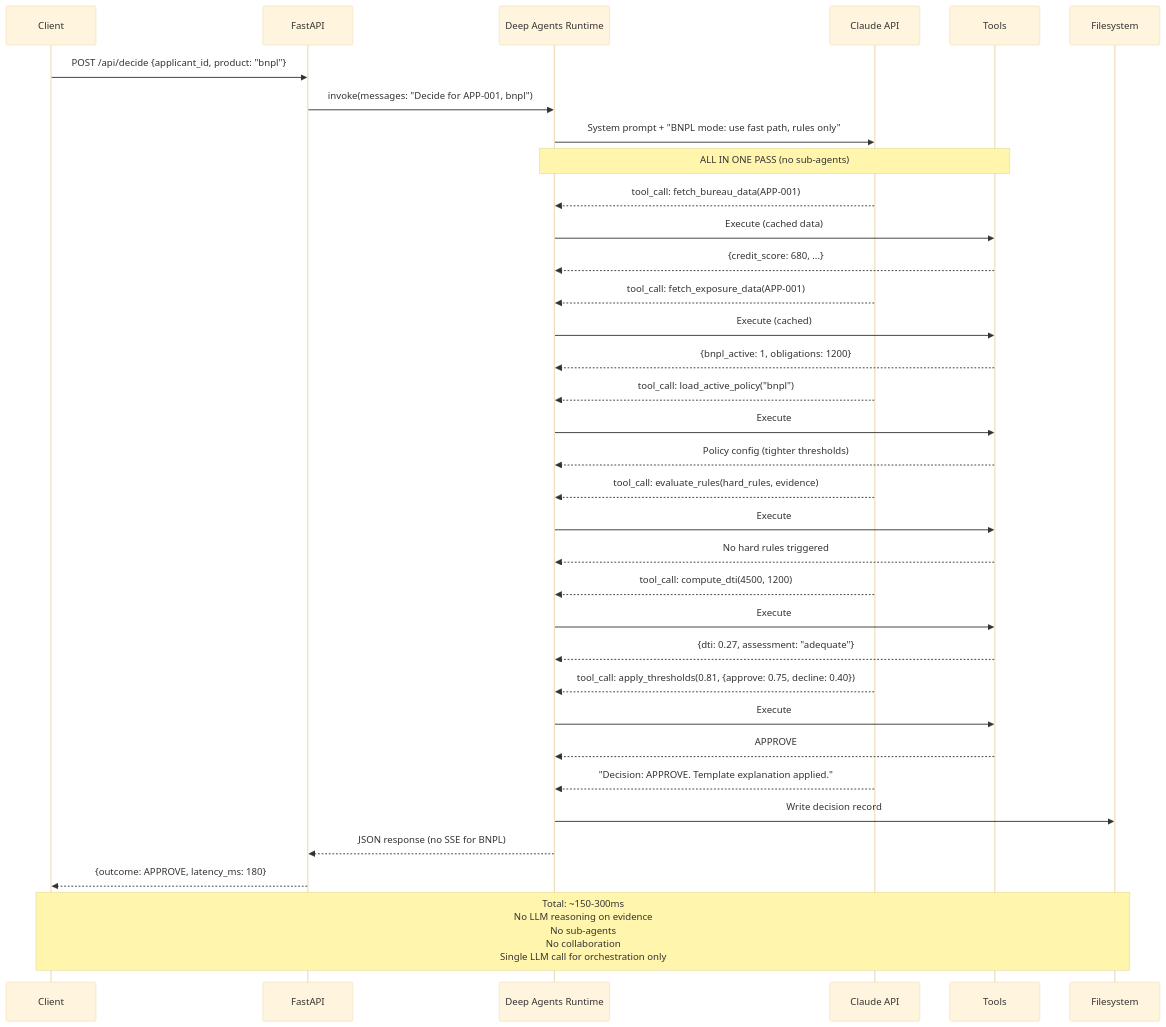
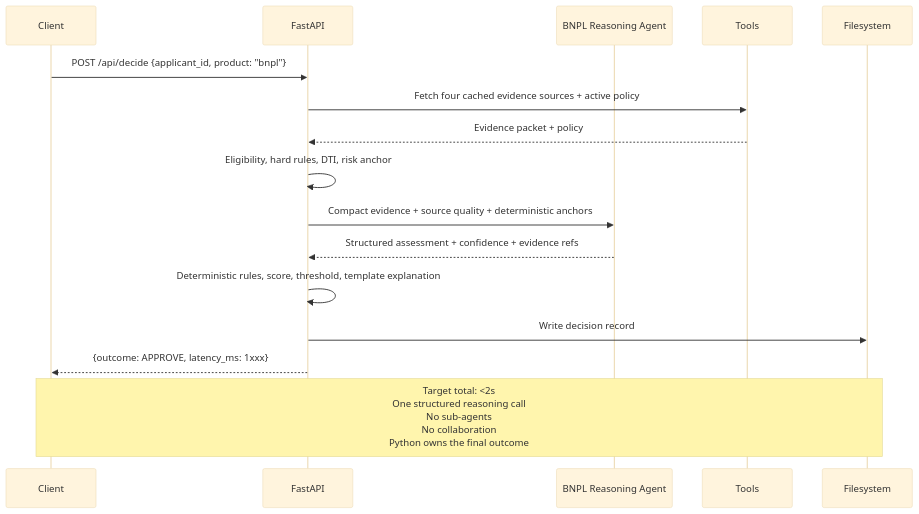
Before and after one commit to tuandtb0801/credit-genie: the fourth of 18 diagrams in docs/low-level-architecture.md, drawn with Mermaid (base theme). The commit also changed 16 other files, not shown here.

First line of the commit message:
feat: add bounded single-pass LLM reasoning agent to BNPL fast path

````diff
--- a/docs/low-level-architecture.md
+++ b/docs/low-level-architecture.md
@@ -216,46 +216,20 @@
 ```mermaid
 sequenceDiagram
     participant C as Client
     participant F as FastAPI
-    participant DA as Deep Agents Runtime
-    participant LLM as Claude API
+    participant A as BNPL Reasoning Agent
     participant T as Tools
     participant FS as Filesystem
 
     C->>F: POST /api/decide {applicant_id, product: "bnpl"}
-    F->>DA: invoke(messages: "Decide for APP-001, bnpl")
+    F->>T: Fetch four cached evidence sources + active policy
+    T-->>F: Evidence packet + policy
+    F->>F: Eligibility, hard rules, DTI, risk anchor
+    F->>A: Compact evidence + source quality + deterministic anchors
+    A-->>F: Structured assessment + confidence + evidence refs
+    F->>F: Deterministic rules, score, threshold, template explanation
+    F->>FS: Write decision record
+    F-->>C: {outcome: APPROVE, latency_ms: 1xxx}
 
-    DA->>LLM: System prompt + "BNPL mode: use fast path, rules only"
-    
-    Note over DA,T: ALL IN ONE PASS (no sub-agents)
-    LLM-->>DA: tool_call: fetch_bureau_data(APP-001)
-    DA->>T: Execute (cached data)
-    T-->>DA: {credit_score: 680, ...}
-
-    LLM-->>DA: tool_call: fetch_exposure_data(APP-001)
-    DA->>T: Execute (cached)
-    T-->>DA: {bnpl_active: 1, obligations: 1200}
-
-    LLM-->>DA: tool_call: load_active_policy("bnpl")
-    DA->>T: Execute
-    T-->>DA: Policy config (tighter thresholds)
-
-    LLM-->>DA: tool_call: evaluate_rules(hard_rules, evidence)
-    DA->>T: Execute
-    T-->>DA: No hard rules triggered
-
-    LLM-->>DA: tool_call: compute_dti(4500, 1200)
-    DA->>T: Execute
-    T-->>DA: {dti: 0.27, assessment: "adequate"}
-
-    LLM-->>DA: tool_call: apply_thresholds(0.81, {approve: 0.75, decline: 0.40})
-    DA->>T: Execute
-    T-->>DA: APPROVE
-
-    LLM-->>DA: "Decision: APPROVE. Template explanation applied."
-    DA->>FS: Write decision record
-    DA-->>F: JSON response (no SSE for BNPL)
-    F-->>C: {outcome: APPROVE, latency_ms: 180}
-
-    Note over C,FS: Total: ~150-300ms<br/>No LLM reasoning on evidence<br/>No sub-agents<br/>No collaboration<br/>Single LLM call for orchestration only
+    Note over C,FS: Target total: <2s<br/>One structured reasoning call<br/>No sub-agents<br/>No collaboration<br/>Python owns the final outcome
 ```
````
